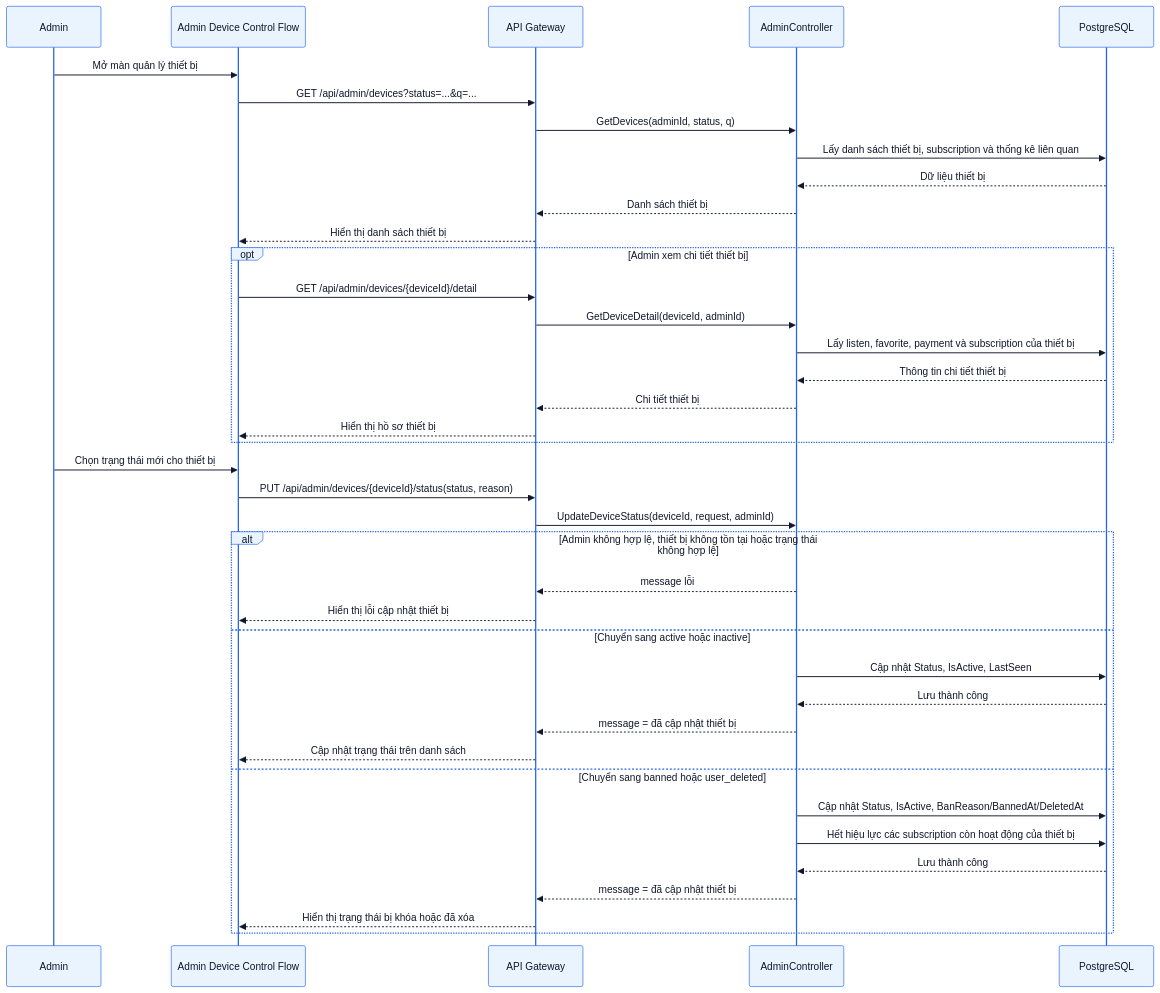
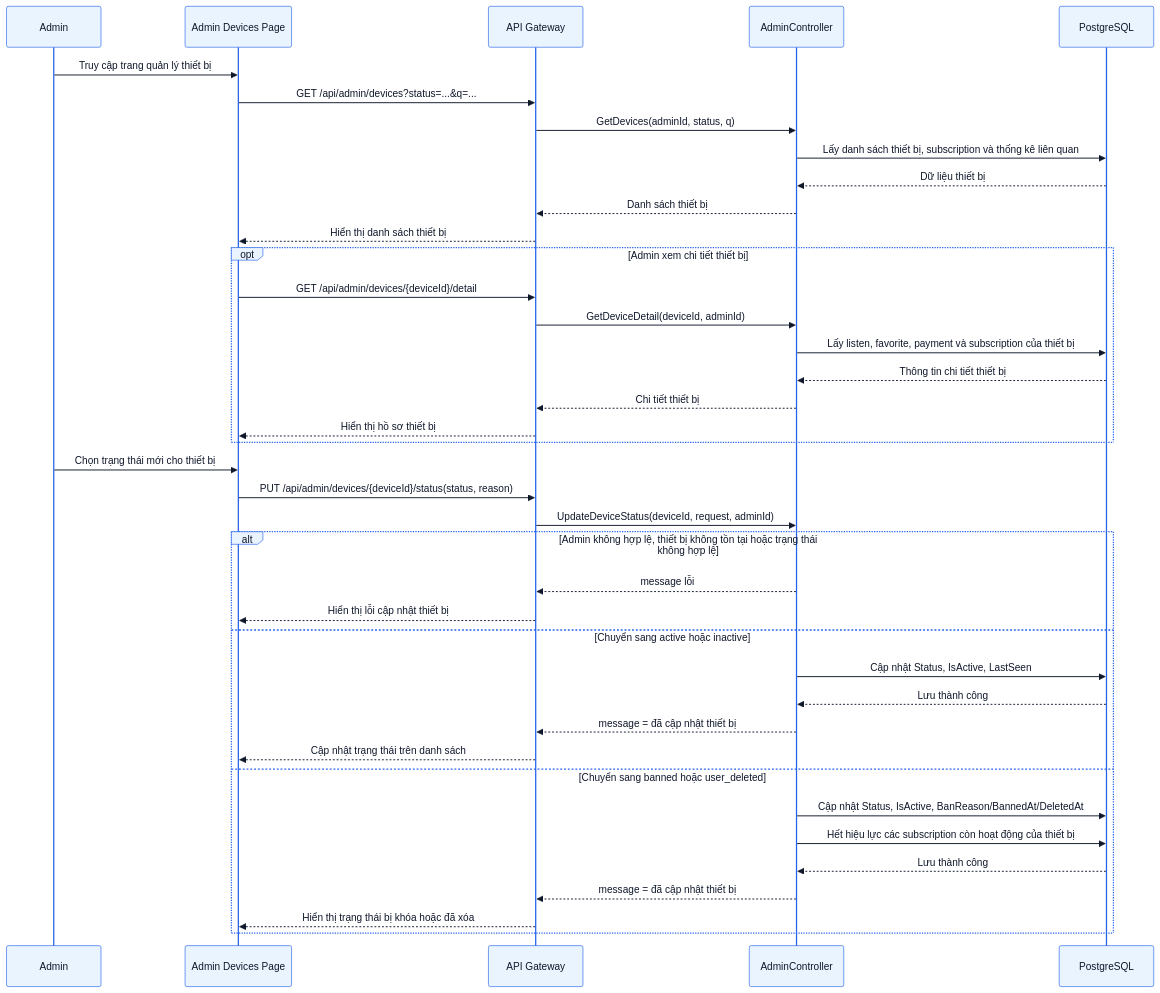
Before and after one commit to thaiquanghieu/smart-guide-system: diagram 17 of 36 in docs/PRD.md, drawn with Mermaid. The commit also changed other lines of this file and 18 other files, not shown here.

Commit message:
docs: update PRD and diagrams

````diff
--- a/docs/PRD.md
+++ b/docs/PRD.md
@@ -1848,61 +1966,61 @@
 ```mermaid
 %%{init: {
   "theme": "base",
   "themeVariables": {
     "primaryColor": "#EAF4FF",
     "primaryBorderColor": "#2563EB",
     "primaryTextColor": "#0F172A",
     "lineColor": "#2563EB",
     "secondaryColor": "#DBEAFE",
     "tertiaryColor": "#F8FBFF",
     "noteBkgColor": "#EFF6FF",
     "noteBorderColor": "#3B82F6",
     "activationBorderColor": "#2563EB",
     "activationBkgColor": "#DBEAFE",
     "sequenceNumberColor": "#0F172A"
   }
 }}%%
 sequenceDiagram
     participant Admin as Admin
-    participant DeviceFlow as Admin Device Control Flow
+    participant DeviceFlow as Admin Devices Page
     participant API as API Gateway
     participant AdminCtl as AdminController
     participant DB as PostgreSQL
 
-    Admin ->> DeviceFlow: Mở màn quản lý thiết bị
+    Admin ->> DeviceFlow: Truy cập trang quản lý thiết bị
     DeviceFlow ->> API: GET /api/admin/devices?status=...&q=...
     API ->> AdminCtl: GetDevices(adminId, status, q)
     AdminCtl ->> DB: Lấy danh sách thiết bị, subscription và thống kê liên quan
     DB -->> AdminCtl: Dữ liệu thiết bị
     AdminCtl -->> API: Danh sách thiết bị
     API -->> DeviceFlow: Hiển thị danh sách thiết bị
 
     opt Admin xem chi tiết thiết bị
         DeviceFlow ->> API: GET /api/admin/devices/{deviceId}/detail
         API ->> AdminCtl: GetDeviceDetail(deviceId, adminId)
         AdminCtl ->> DB: Lấy listen, favorite, payment và subscription của thiết bị
         DB -->> AdminCtl: Thông tin chi tiết thiết bị
         AdminCtl -->> API: Chi tiết thiết bị
         API -->> DeviceFlow: Hiển thị hồ sơ thiết bị
     end
 
     Admin ->> DeviceFlow: Chọn trạng thái mới cho thiết bị
     DeviceFlow ->> API: PUT /api/admin/devices/{deviceId}/status(status, reason)
     API ->> AdminCtl: UpdateDeviceStatus(deviceId, request, adminId)
 
     alt Admin không hợp lệ, thiết bị không tồn tại hoặc trạng thái không hợp lệ
         AdminCtl -->> API: message lỗi
         API -->> DeviceFlow: Hiển thị lỗi cập nhật thiết bị
     else Chuyển sang active hoặc inactive
         AdminCtl ->> DB: Cập nhật Status, IsActive, LastSeen
         DB -->> AdminCtl: Lưu thành công
         AdminCtl -->> API: message = đã cập nhật thiết bị
         API -->> DeviceFlow: Cập nhật trạng thái trên danh sách
     else Chuyển sang banned hoặc user_deleted
         AdminCtl ->> DB: Cập nhật Status, IsActive, BanReason/BannedAt/DeletedAt
         AdminCtl ->> DB: Hết hiệu lực các subscription còn hoạt động của thiết bị
         DB -->> AdminCtl: Lưu thành công
         AdminCtl -->> API: message = đã cập nhật thiết bị
         API -->> DeviceFlow: Hiển thị trạng thái bị khóa hoặc đã xóa
     end
 ```
````
